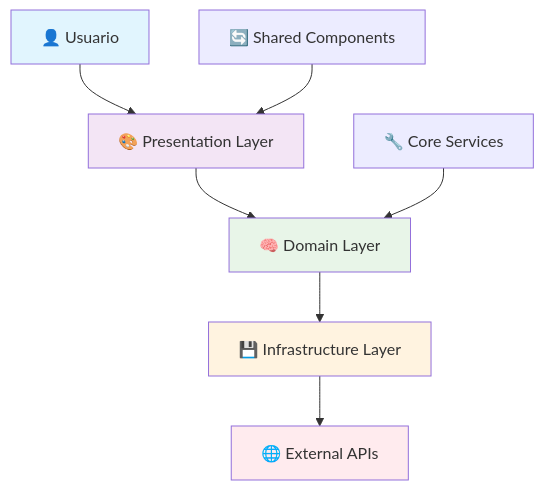
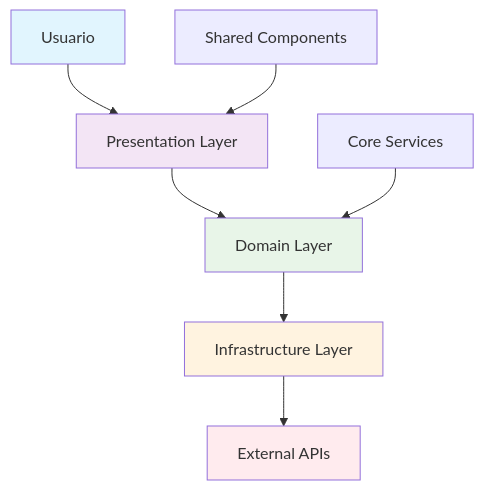
Before and after one commit to osvalois-ultrasist/plantilla-vucem-componente-angular: the diagram in README.md, drawn with Mermaid. The commit also changed other lines of this file, not shown here.

````diff
--- a/README.md
+++ b/README.md
@@ -129,16 +129,16 @@
 ```mermaid
 graph TB
-    A[👤 Usuario] --> B[🎨 Presentation Layer]
-    B --> C[🧠 Domain Layer]
-    C --> D[💾 Infrastructure Layer]
-    D --> E[🌐 External APIs]
+    A[Usuario] --> B[Presentation Layer]
+    B --> C[Domain Layer]
+    C --> D[Infrastructure Layer]
+    D --> E[External APIs]
     
-    F[🔧 Core Services] --> C
-    G[🔄 Shared Components] --> B
+    F[Core Services] --> C
+    G[Shared Components] --> B
     
     style A fill:#e1f5fe
     style B fill:#f3e5f5
     style C fill:#e8f5e8
     style D fill:#fff3e0
     style E fill:#ffebee
 ```
````
